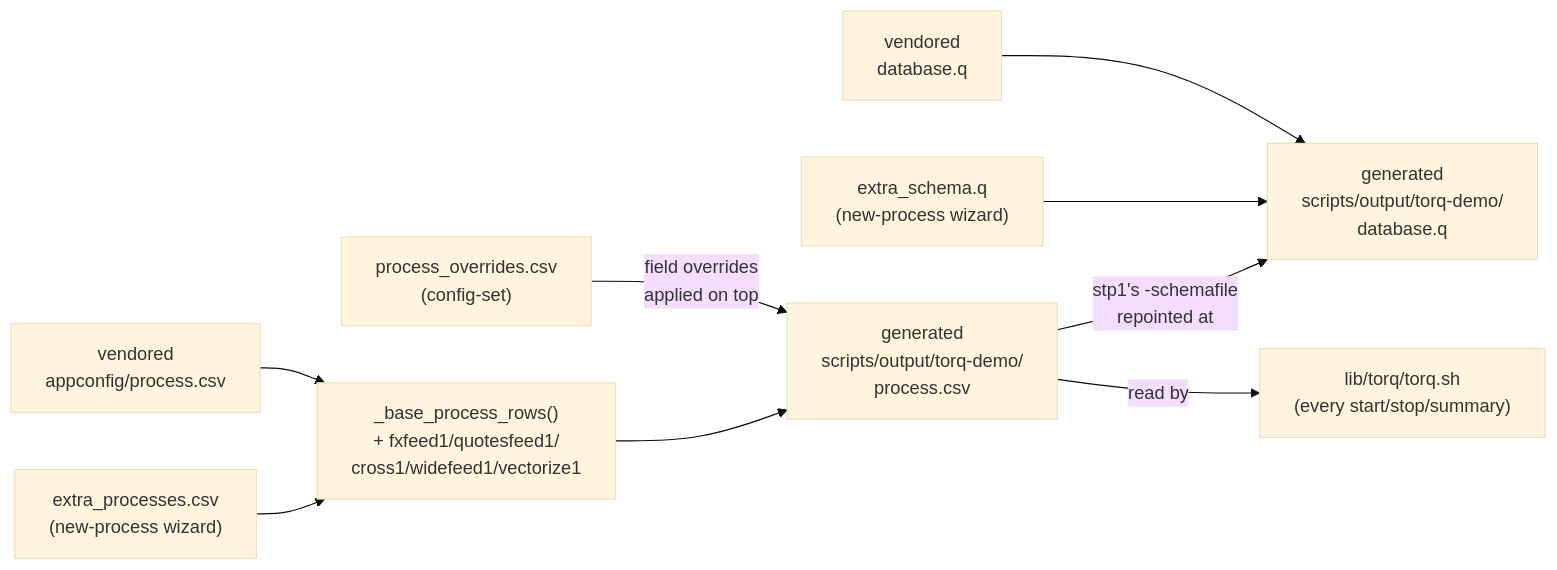
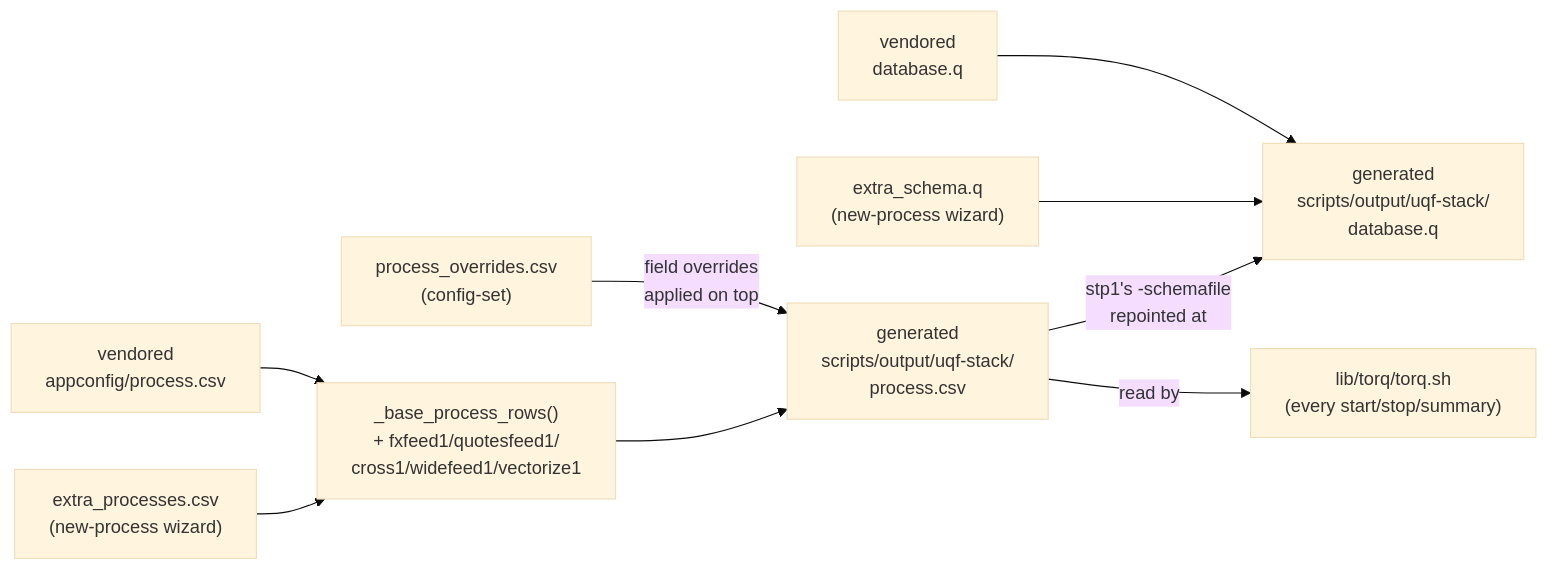
One commit to kwojdalski/uqf changed the third of 3 diagrams in docs/integrations/torq/README.md. Above: the diagram before and after it, drawn with Mermaid (base theme). The commit also changed other lines of this file and 50 other files, not shown here.

````diff
--- a/docs/integrations/torq/README.md
+++ b/docs/integrations/torq/README.md
@@ -201,19 +201,19 @@
 ```mermaid
 flowchart LR
     vendored_csv["vendored<br/>appconfig/process.csv"]
     vendored_schema["vendored<br/>database.q"]
     overrides["process_overrides.csv<br/>(config-set)"]
     extra_procs["extra_processes.csv<br/>(new-process wizard)"]
     extra_schema["extra_schema.q<br/>(new-process wizard)"]
 
     vendored_csv --> base["_base_process_rows()<br/>+ fxfeed1/quotesfeed1/<br/>cross1/widefeed1/vectorize1"]
     extra_procs --> base
     overrides -->|"field overrides<br/>applied on top"| gen_csv
-    base --> gen_csv["generated<br/>scripts/output/torq-demo/<br/>process.csv"]
+    base --> gen_csv["generated<br/>scripts/output/uqf-stack/<br/>process.csv"]
 
-    vendored_schema --> gen_schema["generated<br/>scripts/output/torq-demo/<br/>database.q"]
+    vendored_schema --> gen_schema["generated<br/>scripts/output/uqf-stack/<br/>database.q"]
     extra_schema --> gen_schema
 
     gen_csv -->|"stp1's -schemafile<br/>repointed at"| gen_schema
     gen_csv -->|"read by"| torqsh["lib/torq/torq.sh<br/>(every start/stop/summary)"]
 ```
````
